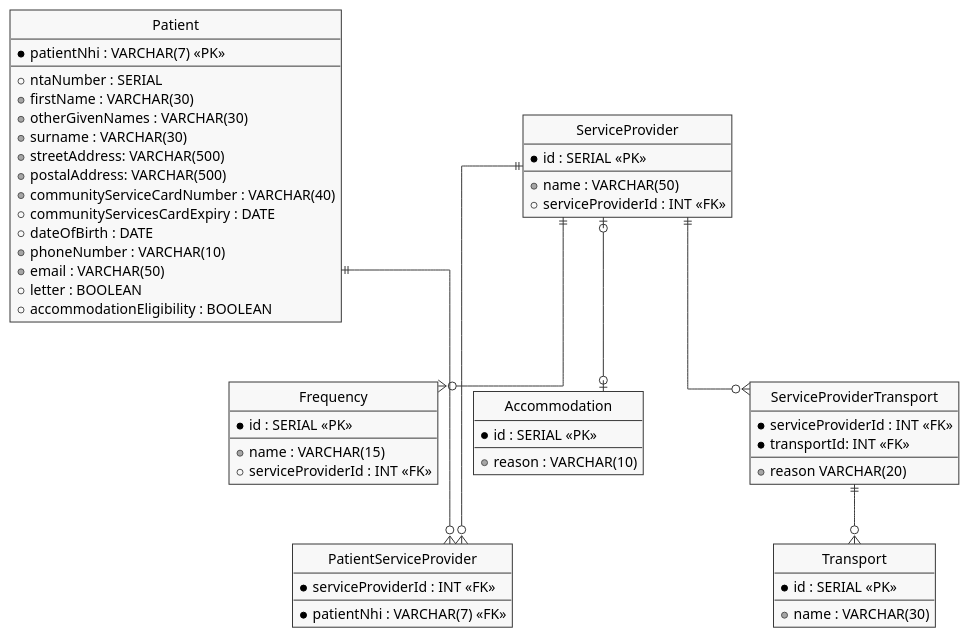
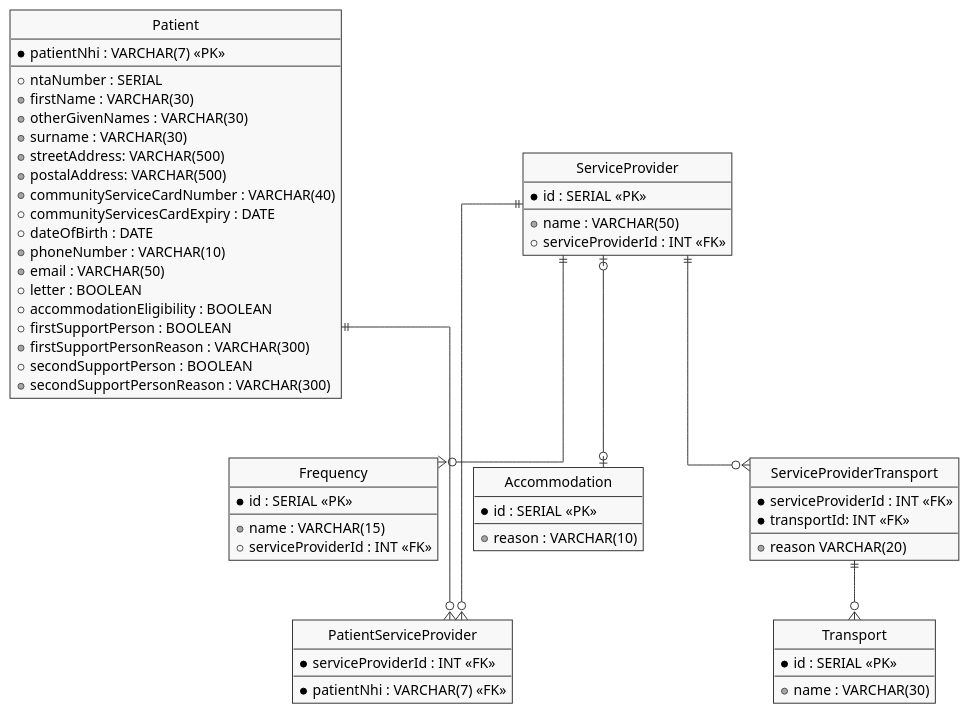
The diagram in Planning/ErdPatientTravelPortal.puml (hamtana/TravelTracker), drawn with PlantUML before and after one commit.

Commit message:
added firstSupport, 2ns support"

```diff
--- a/Planning/ErdPatientTravelPortal.puml
+++ b/Planning/ErdPatientTravelPortal.puml
@@ -1,78 +1,82 @@
 @startuml PatientTravelPortal
 
 skin rose
 skinparam Style StrictUML
 skinparam LineType ortho
 skinparam monochrome true
 
 ' Tables
 class Patient {
     * patientNhi : VARCHAR(7) <<PK>>
 --
     + ntaNumber : SERIAL
     + firstName : VARCHAR(30)
     + otherGivenNames : VARCHAR(30)
     + surname : VARCHAR(30)
     + streetAddress: VARCHAR(500)
     + postalAddress: VARCHAR(500)
     + communityServiceCardNumber : VARCHAR(40)
     + communityServicesCardExpiry : DATE
     + dateOfBirth : DATE
     + phoneNumber : VARCHAR(10)
     + email : VARCHAR(50)
     + letter : BOOLEAN
     + accommodationEligibility : BOOLEAN
+    + firstSupportPerson : BOOLEAN
+    + firstSupportPersonReason : VARCHAR(300)
+    + secondSupportPerson : BOOLEAN
+    + secondSupportPersonReason : VARCHAR(300)
 }
 
 class ServiceProvider {
     * id : SERIAL <<PK>>
 --
     + name : VARCHAR(50)
     + serviceProviderId : INT <<FK>>
 }
 
 class Frequency {
     * id : SERIAL <<PK>>
 --
     + name : VARCHAR(15)
     + serviceProviderId : INT <<FK>>
 }
 
 class Transport {
     * id : SERIAL <<PK>>
 --
     + name : VARCHAR(30)
 }
 
 
 class Accommodation {
     * id : SERIAL <<PK>> 
 --
     + reason : VARCHAR(10)
 }
 
 ' Associative entity - Patient-ServiceProvider
 class PatientServiceProvider {
     * patientNhi : VARCHAR(7) <<FK>>
     * serviceProviderId : INT <<FK>>
 }
 
 ' Associative Entity - ServiceProviderTransport
 
 class ServiceProviderTransport {
     * serviceProviderId : INT <<FK>>
     * transportId: INT <<FK>>
 --
     + reason VARCHAR(20)
 }
 
 
 ' Relationships
 Patient ||---o{ PatientServiceProvider
 ServiceProvider ||---o{ PatientServiceProvider
 ServiceProvider ||--o{ ServiceProviderTransport
 ServiceProviderTransport ||--o{ Transport
 ServiceProvider ||--o{ Frequency
 ServiceProvider |o--o| Accommodation
 
 @enduml
```
